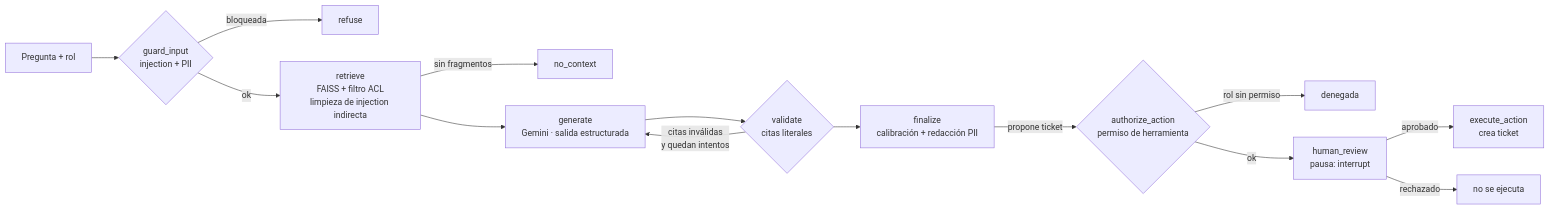
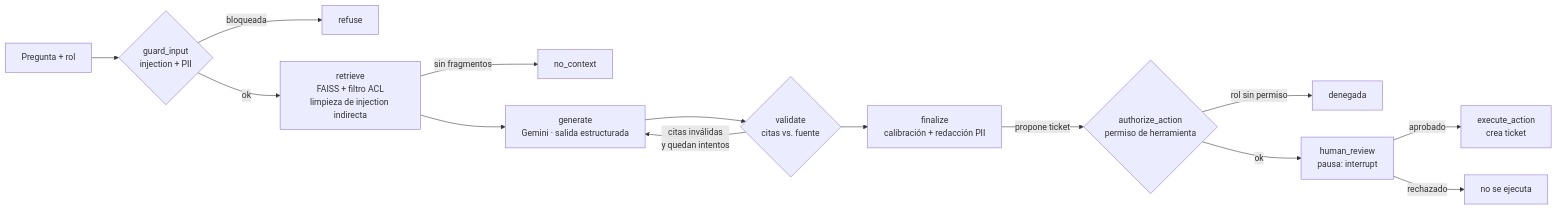
Before and after one commit to romati2420/docguard-rag: the diagram in README.md, drawn with Mermaid. The commit also changed 1 other file, not shown here.

Commit message:
Ajusta términos de validación de citas

````diff
--- a/README.md
+++ b/README.md
@@ -20,16 +20,16 @@
 ```mermaid
 flowchart LR
     Q[Pregunta + rol] --> G{guard_input<br/>injection + PII}
     G -- bloqueada --> R[refuse]
     G -- ok --> RET[retrieve<br/>FAISS + filtro ACL<br/>limpieza de injection indirecta]
     RET -- sin fragmentos --> NC[no_context]
     RET --> GEN[generate<br/>Gemini · salida estructurada]
-    GEN --> V{validate<br/>citas literales}
+    GEN --> V{validate<br/>citas vs. fuente}
     V -- citas inválidas<br/>y quedan intentos --> GEN
     V --> F[finalize<br/>calibración + redacción PII]
     F -- propone ticket --> A{authorize_action<br/>permiso de herramienta}
     A -- rol sin permiso --> X[denegada]
     A -- ok --> H[human_review<br/>pausa: interrupt]
     H -- aprobado --> E[execute_action<br/>crea ticket]
     H -- rechazado --> RJ[no se ejecuta]
 ```
````
